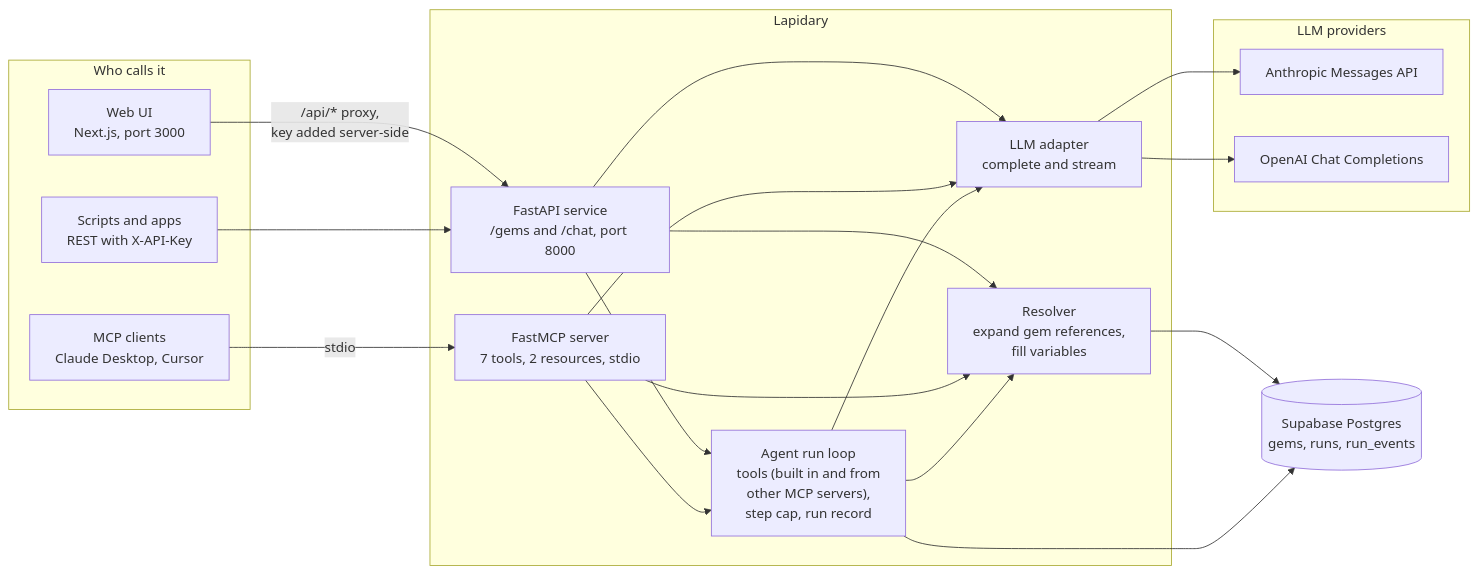
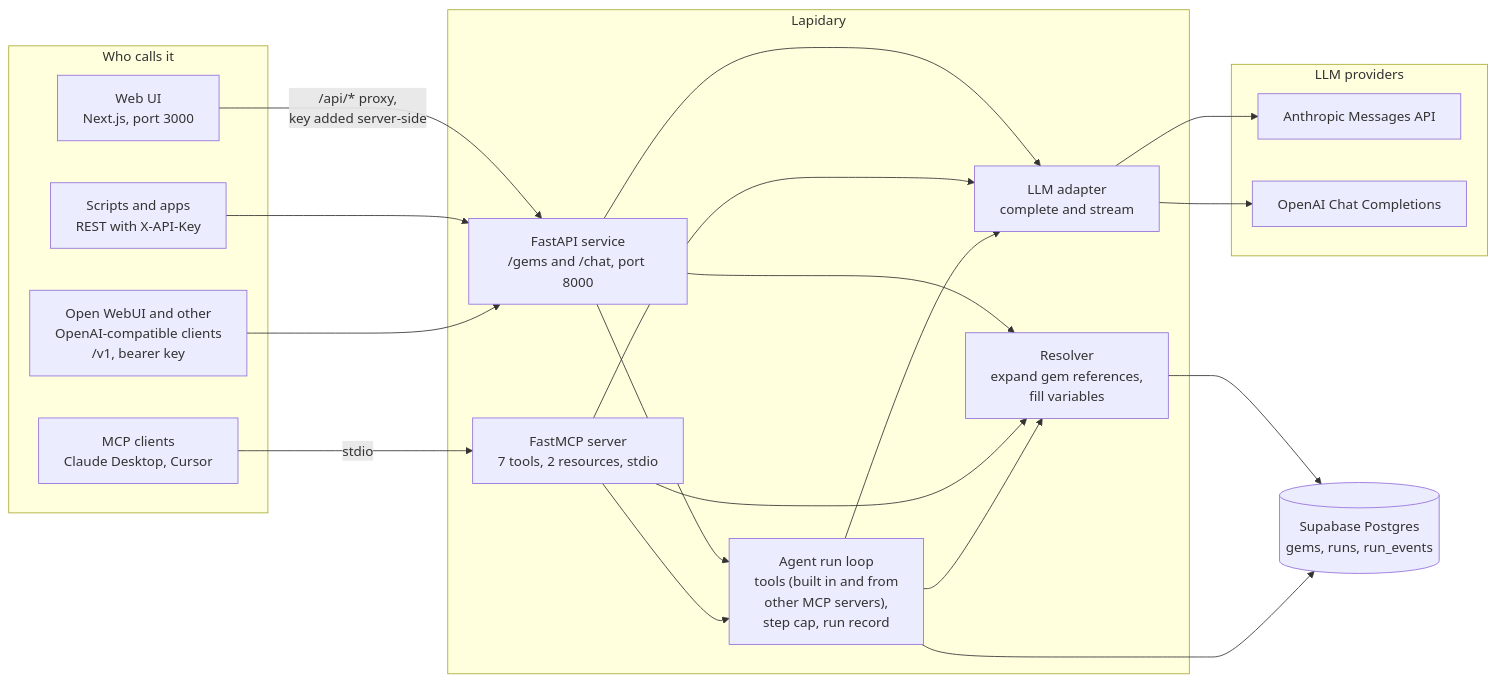
Before and after one commit to poyfather/gemsAPI: the first of 10 diagrams in ARCHITECTURE.md, drawn with Mermaid. The commit also changed other lines of this file and 40 other files, not shown here.

````diff
--- a/ARCHITECTURE.md
+++ b/ARCHITECTURE.md
@@ -7,39 +7,41 @@
 ```mermaid
 flowchart LR
     subgraph callers["Who calls it"]
         UI["Web UI<br/>Next.js, port 3000"]
         REST["Scripts and apps<br/>REST with X-API-Key"]
+        OWUI["Open WebUI and other<br/>OpenAI-compatible clients<br/>/v1, bearer key"]
         MCPC["MCP clients<br/>Claude Desktop, Cursor"]
     end
 
     subgraph core["Lapidary"]
         API["FastAPI service<br/>/gems and /chat, port 8000"]
         MCPS["FastMCP server<br/>7 tools, 2 resources, stdio"]
         RES["Resolver<br/>expand gem references,<br/>fill variables"]
         LLM["LLM adapter<br/>complete and stream"]
         LOOP["Agent run loop<br/>tools (built in and from<br/>other MCP servers),<br/>step cap, run record"]
     end
 
     DB[("Supabase Postgres<br/>gems, runs, run_events")]
 
     subgraph providers["LLM providers"]
         ANT["Anthropic Messages API"]
         OAI["OpenAI Chat Completions"]
     end
 
     UI -- "/api/* proxy,<br/>key added server-side" --> API
     REST --> API
+    OWUI --> API
     MCPC -- "stdio" --> MCPS
     API --> RES
     MCPS --> RES
     RES --> DB
     API --> LLM
     MCPS --> LLM
     API --> LOOP
     MCPS --> LOOP
     LOOP --> RES
     LOOP --> LLM
     LOOP --> DB
     LLM --> ANT
     LLM --> OAI
 ```
````
